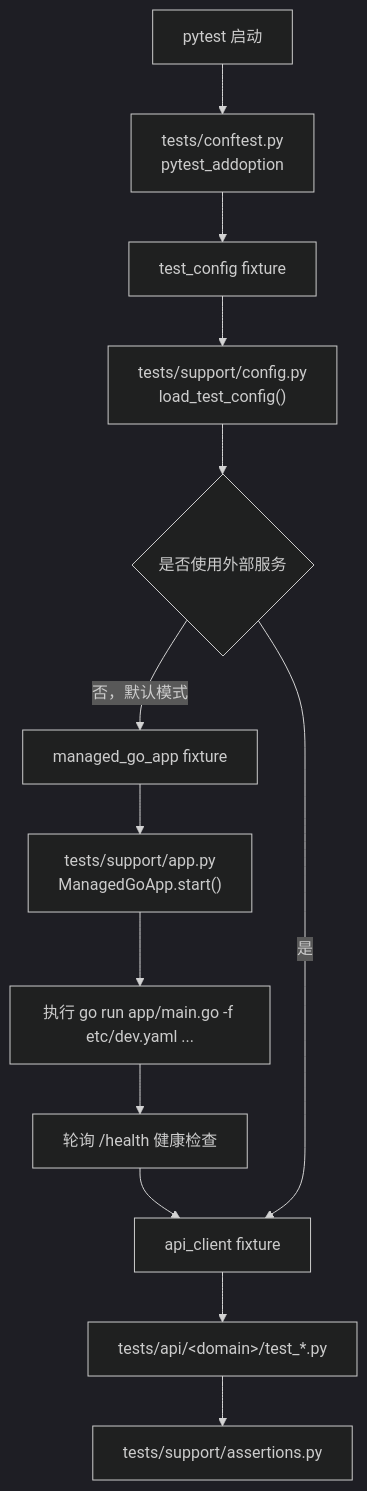
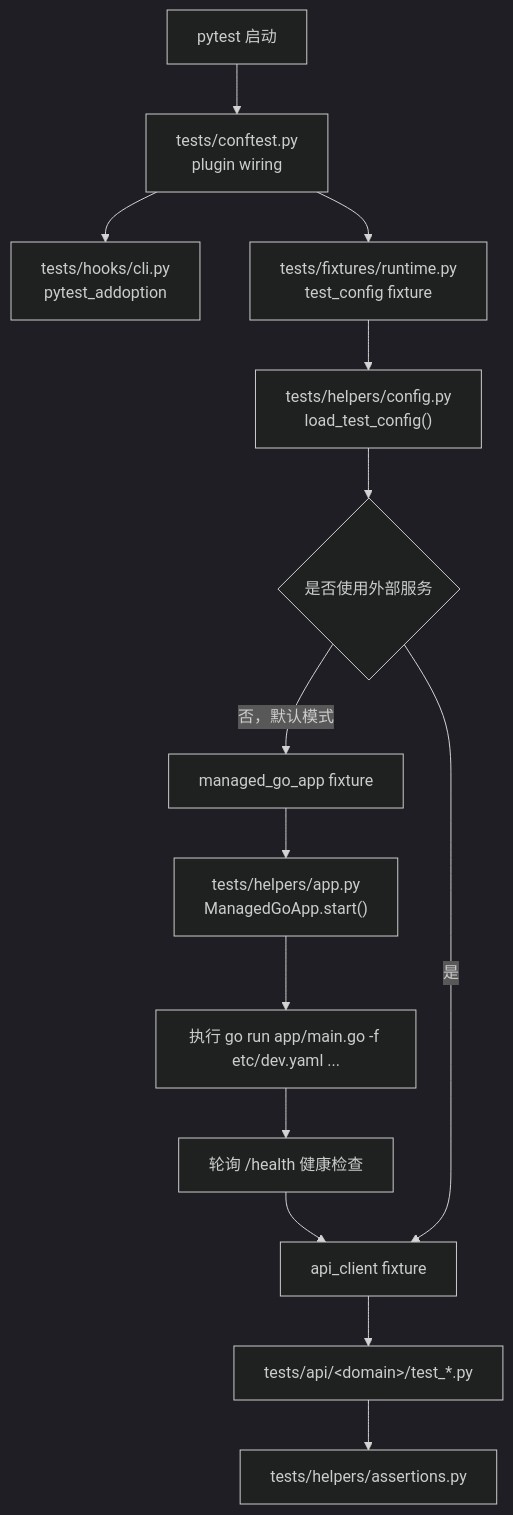
One commit to henryzhuhr/iam changed the diagram in docs/testing/README.md. Above: the diagram before and after it, drawn with Mermaid (dark theme). The commit also changed other lines of this file and 15 other files, not shown here.

First line of the commit message:
refactor: align pytest test structure

````diff
--- a/docs/testing/README.md
+++ b/docs/testing/README.md
@@ -73,15 +80,16 @@
 ```mermaid
 flowchart TD
-    A["pytest 启动"] --> B["tests/conftest.py<br/>pytest_addoption"]
-    B --> C["test_config fixture"]
-    C --> D["tests/support/config.py<br/>load_test_config()"]
-    D --> E{是否使用外部服务}
-    E -->|否，默认模式| F["managed_go_app fixture"]
-    F --> G["tests/support/app.py<br/>ManagedGoApp.start()"]
-    G --> H["执行 go run app/main.go -f etc/dev.yaml ..."]
-    H --> I["轮询 /health 健康检查"]
-    I --> J["api_client fixture"]
-    E -->|是| J
-    J --> K["tests/api/&lt;domain&gt;/test_*.py"]
-    K --> L["tests/support/assertions.py"]
+    A["pytest 启动"] --> B["tests/conftest.py<br/>plugin wiring"]
+    B --> C["tests/hooks/cli.py<br/>pytest_addoption"]
+    B --> D["tests/fixtures/runtime.py<br/>test_config fixture"]
+    D --> E["tests/helpers/config.py<br/>load_test_config()"]
+    E --> F{是否使用外部服务}
+    F -->|否，默认模式| G["managed_go_app fixture"]
+    G --> H["tests/helpers/app.py<br/>ManagedGoApp.start()"]
+    H --> I["执行 go run app/main.go -f etc/dev.yaml ..."]
+    I --> J["轮询 /health 健康检查"]
+    J --> K["api_client fixture"]
+    F -->|是| K
+    K --> L["tests/api/&lt;domain&gt;/test_*.py"]
+    L --> M["tests/helpers/assertions.py"]
 ```
````
